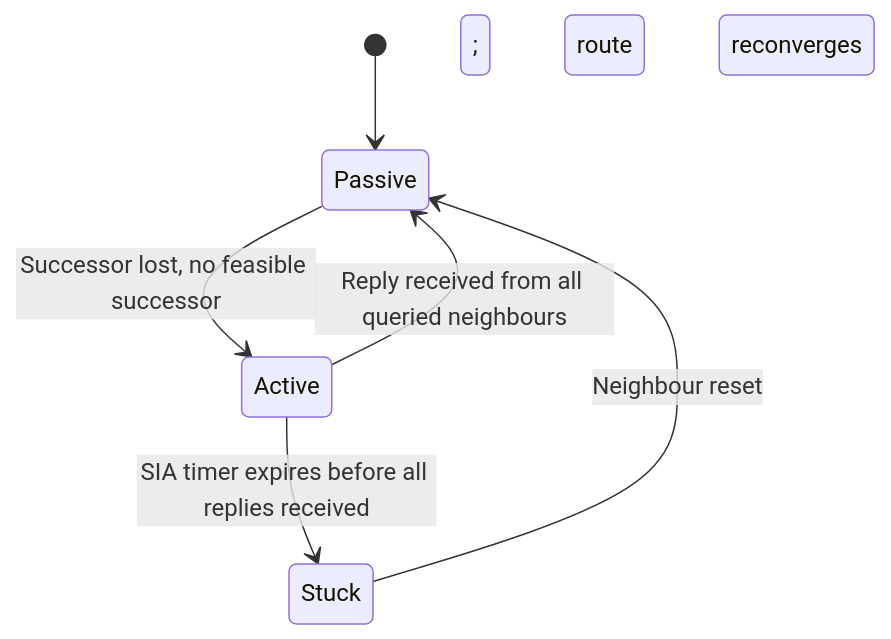
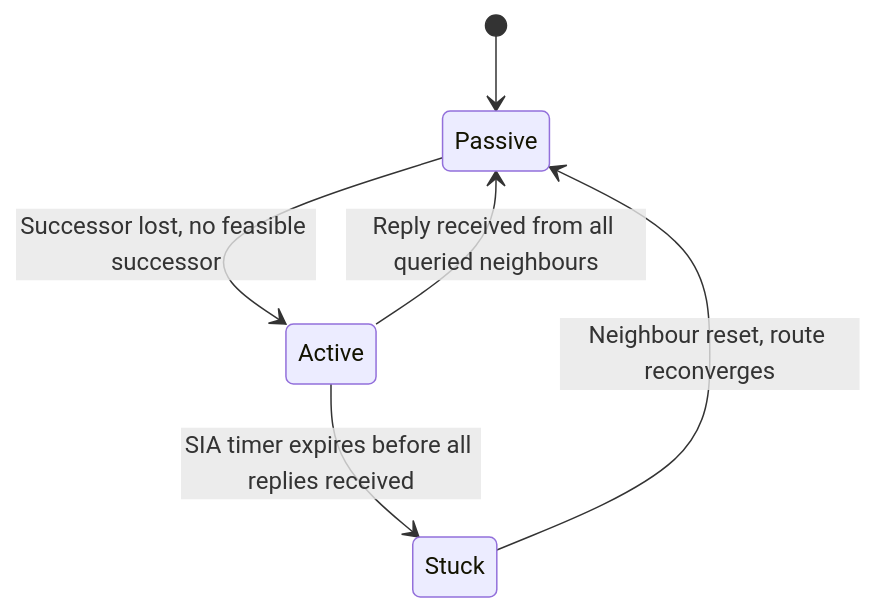
The second of 2 diagrams in docs/routing/eigrp.md (neil-booker-cko/docs), drawn with Mermaid before and after one commit. The commit also changed other lines of this file and 130 other files, not shown here.

````diff
--- a/docs/routing/eigrp.md
+++ b/docs/routing/eigrp.md
@@ -104,8 +104,9 @@
 ```mermaid
+
 stateDiagram-v2
     [*] --> Passive
     Passive --> Active : Successor lost, no feasible successor
     Active --> Passive : Reply received from all queried neighbours
     Active --> Stuck : SIA timer expires before all replies received
-    Stuck --> Passive : Neighbour reset; route reconverges
+    Stuck --> Passive : Neighbour reset, route reconverges
 ```
````
